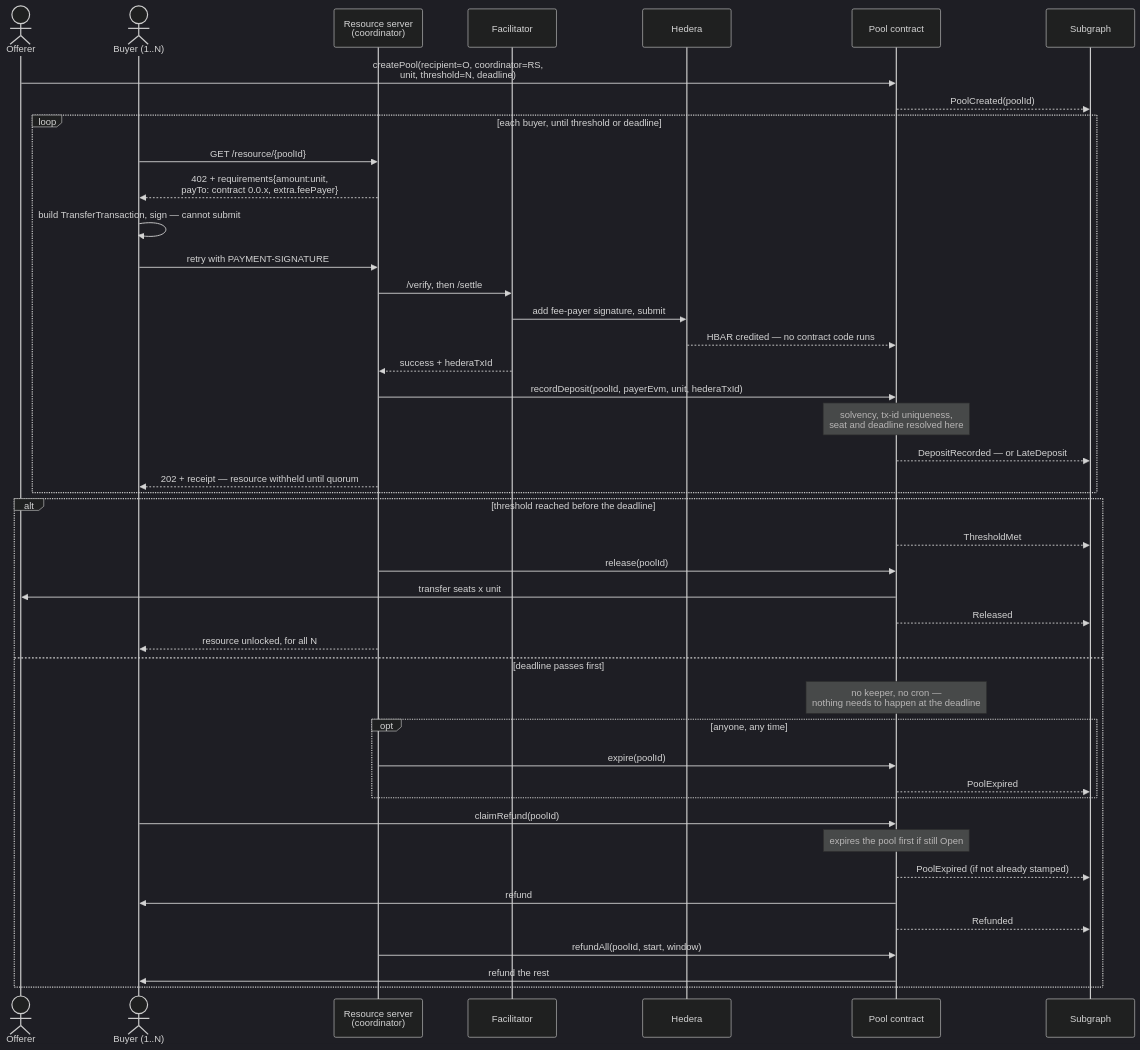
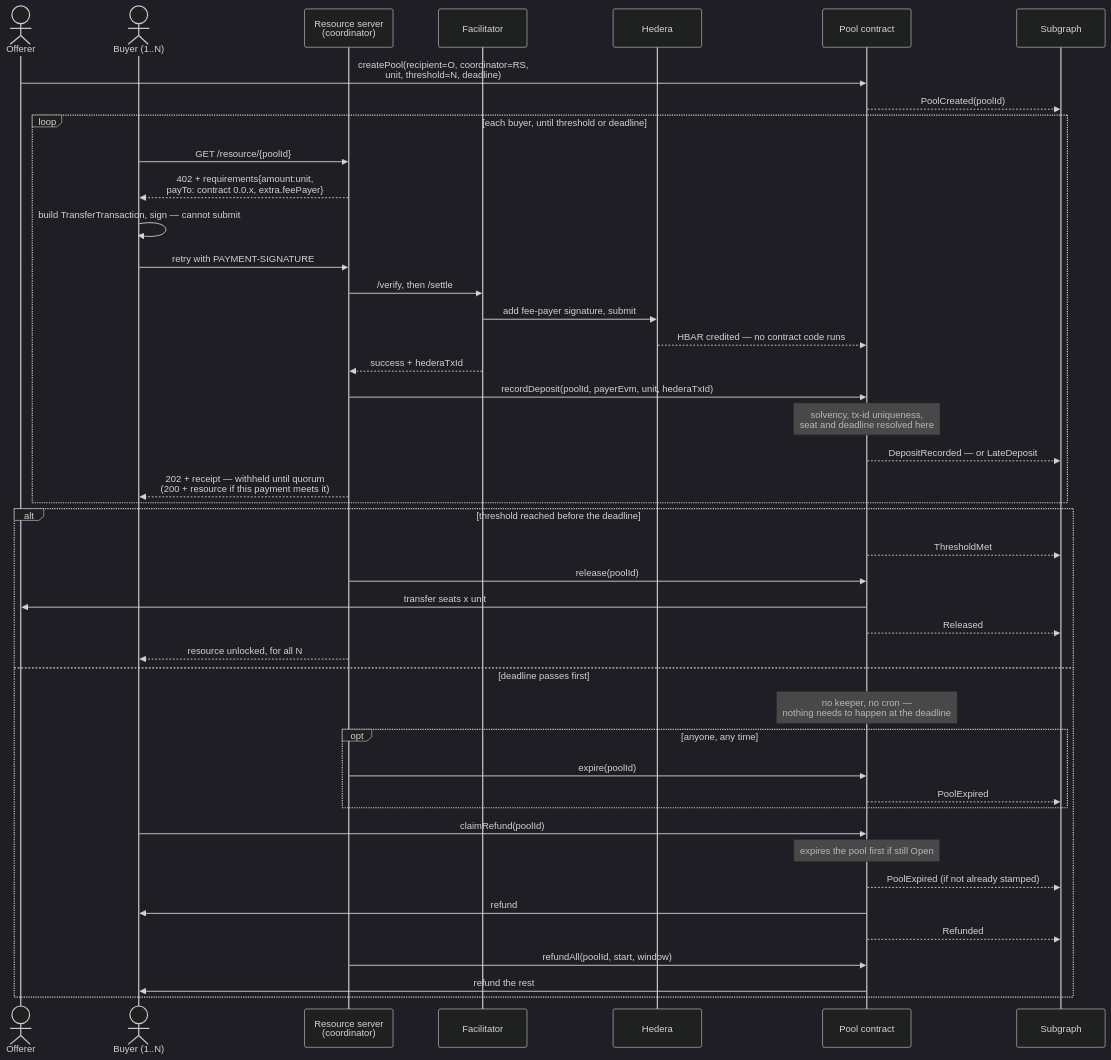
The diagram in specs/pool-contract.md (lxfoundry/quorum402), drawn with Mermaid (dark theme) before and after one commit. The commit also changed other lines of this file and 1 other file, not shown here.

First line of the commit message:
spec(quorum): finish the status-code fix, and name the third refund path

````diff
--- a/specs/pool-contract.md
+++ b/specs/pool-contract.md
@@ -283,49 +283,49 @@
 ```mermaid
 sequenceDiagram
     actor O as Offerer
     actor B as Buyer (1..N)
     participant RS as Resource server<br/>(coordinator)
     participant F as Facilitator
     participant H as Hedera
     participant P as Pool contract
     participant G as Subgraph
 
     O->>P: createPool(recipient=O, coordinator=RS,<br/>unit, threshold=N, deadline)
     P-->>G: PoolCreated(poolId)
 
     loop each buyer, until threshold or deadline
         B->>RS: GET /resource/{poolId}
         RS-->>B: 402 + requirements{amount:unit,<br/>payTo: contract 0.0.x, extra.feePayer}
         B->>B: build TransferTransaction, sign — cannot submit
         B->>RS: retry with PAYMENT-SIGNATURE
         RS->>F: /verify, then /settle
         F->>H: add fee-payer signature, submit
         H-->>P: HBAR credited — no contract code runs
         F-->>RS: success + hederaTxId
         RS->>P: recordDeposit(poolId, payerEvm, unit, hederaTxId)
         Note over P: solvency, tx-id uniqueness,<br/>seat and deadline resolved here
         P-->>G: DepositRecorded — or LateDeposit
-        RS-->>B: 202 + receipt — resource withheld until quorum
+        RS-->>B: 202 + receipt — withheld until quorum<br/>(200 + resource if this payment meets it)
     end
 
     alt threshold reached before the deadline
         P-->>G: ThresholdMet
         RS->>P: release(poolId)
         P->>O: transfer seats x unit
         P-->>G: Released
         RS-->>B: resource unlocked, for all N
     else deadline passes first
         Note over P: no keeper, no cron —<br/>nothing needs to happen at the deadline
         opt anyone, any time
             RS->>P: expire(poolId)
             P-->>G: PoolExpired
         end
         B->>P: claimRefund(poolId)
         Note over P: expires the pool first if still Open
         P-->>G: PoolExpired (if not already stamped)
         P->>B: refund
         P-->>G: Refunded
         RS->>P: refundAll(poolId, start, window)
         P->>B: refund the rest
     end
 ```
````
